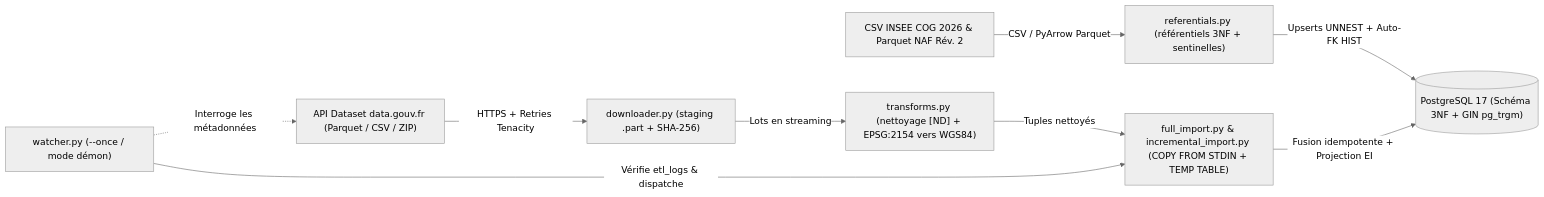
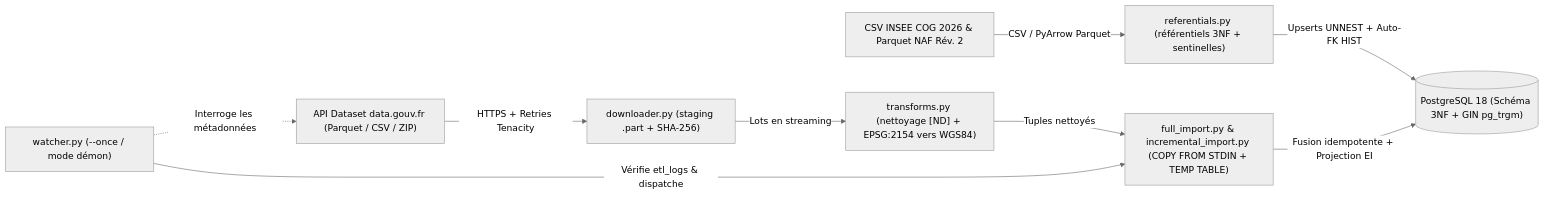
One commit to jmrenouard/test_db changed the first of 2 diagrams in documentation/fr/sirene_platform.md. Above: the diagram before and after it, drawn with Mermaid (neutral theme). The commit also changed other lines of this file and 25 other files, not shown here.

Commit message:
feat(sirene): migrate to PostgreSQL 18 and add multi-master qualification probe

````diff
--- a/documentation/fr/sirene_platform.md
+++ b/documentation/fr/sirene_platform.md
@@ -16,11 +16,11 @@
 ```mermaid
 flowchart LR
     DG["API Dataset data.gouv.fr (Parquet / CSV / ZIP)"] -->|"HTTPS + Retries Tenacity"| DL["downloader.py (staging .part + SHA-256)"]
     COG["CSV INSEE COG 2026 & Parquet NAF Rév. 2"] -->|"CSV / PyArrow Parquet"| REF["referentials.py (référentiels 3NF + sentinelles)"]
     DL -->|"Lots en streaming"| TR["transforms.py (nettoyage [ND] + EPSG:2154 vers WGS84)"]
     TR -->|"Tuples nettoyés"| ING["full_import.py & incremental_import.py (COPY FROM STDIN + TEMP TABLE)"]
-    REF -->|"Upserts UNNEST + Auto-FK HIST"| PG[("PostgreSQL 17 (Schéma 3NF + GIN pg_trgm)")]
+    REF -->|"Upserts UNNEST + Auto-FK HIST"| PG[("PostgreSQL 18 (Schéma 3NF + GIN pg_trgm)")]
     ING -->|"Fusion idempotente + Projection EI"| PG
     WATCH["watcher.py (--once / mode démon)"] -->|"Vérifie etl_logs & dispatche"| ING
     WATCH -.->|"Interroge les métadonnées"| DG
 ```
````
